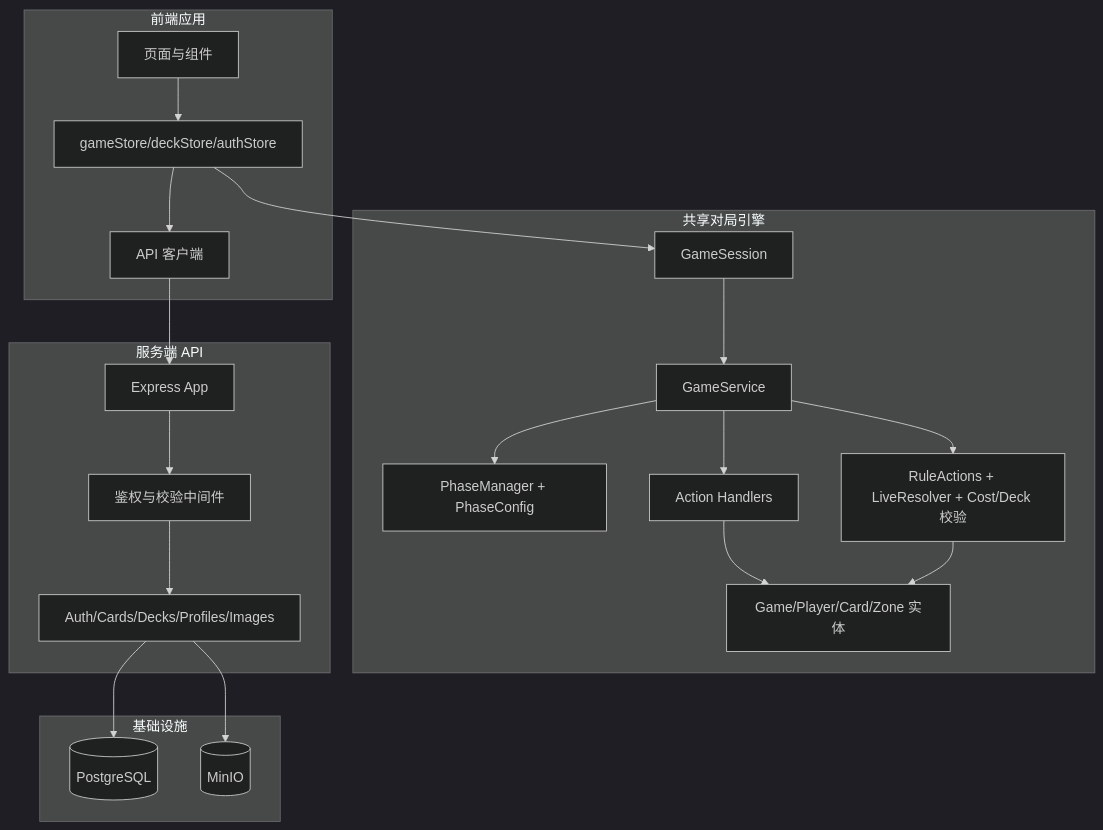
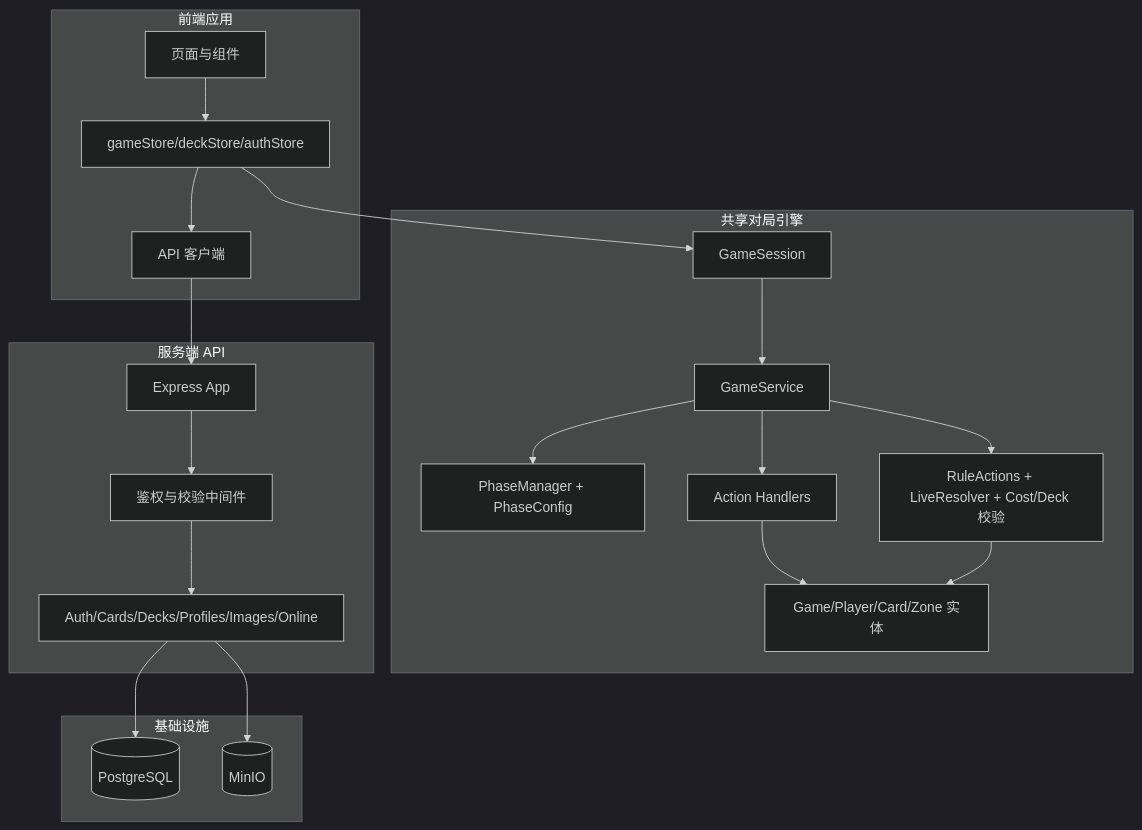
Before and after one commit to catmeow123456/loveca-dev: the first of 9 diagrams in game_system_design.md, drawn with Mermaid (dark theme). The commit also changed other lines of this file and 8 other files, not shown here.

````diff
--- a/game_system_design.md
+++ b/game_system_design.md
@@ -29,44 +29,44 @@
 ```mermaid
 graph TB
     subgraph Client[前端应用]
         UI[页面与组件]
         GS[gameStore/deckStore/authStore]
         APIClient[API 客户端]
     end
 
     subgraph Engine[共享对局引擎]
         Session[GameSession]
         Service[GameService]
         Phase[PhaseManager + PhaseConfig]
         Handlers[Action Handlers]
         Rules[RuleActions + LiveResolver + Cost/Deck 校验]
         Domain[Game/Player/Card/Zone 实体]
     end
 
     subgraph Server[服务端 API]
         App[Express App]
-        Routes[Auth/Cards/Decks/Profiles/Images]
+        Routes[Auth/Cards/Decks/Profiles/Images/Online]
         Middleware[鉴权与校验中间件]
     end
 
     subgraph Infra[基础设施]
         PG[(PostgreSQL)]
         MinIO[(MinIO)]
     end
 
     UI --> GS
     GS --> Session
     Session --> Service
     Service --> Phase
     Service --> Handlers
     Service --> Rules
     Handlers --> Domain
     Rules --> Domain
 
     GS --> APIClient
     APIClient --> App
     App --> Middleware
     Middleware --> Routes
     Routes --> PG
     Routes --> MinIO
 ```
````
